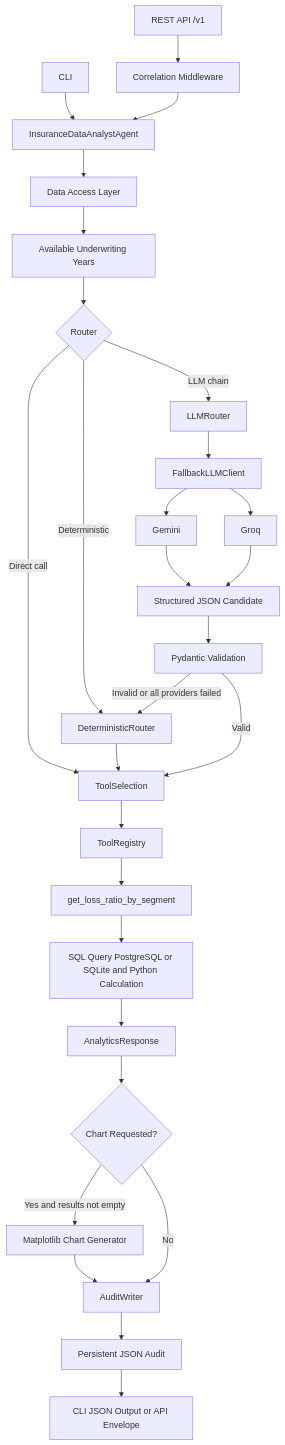
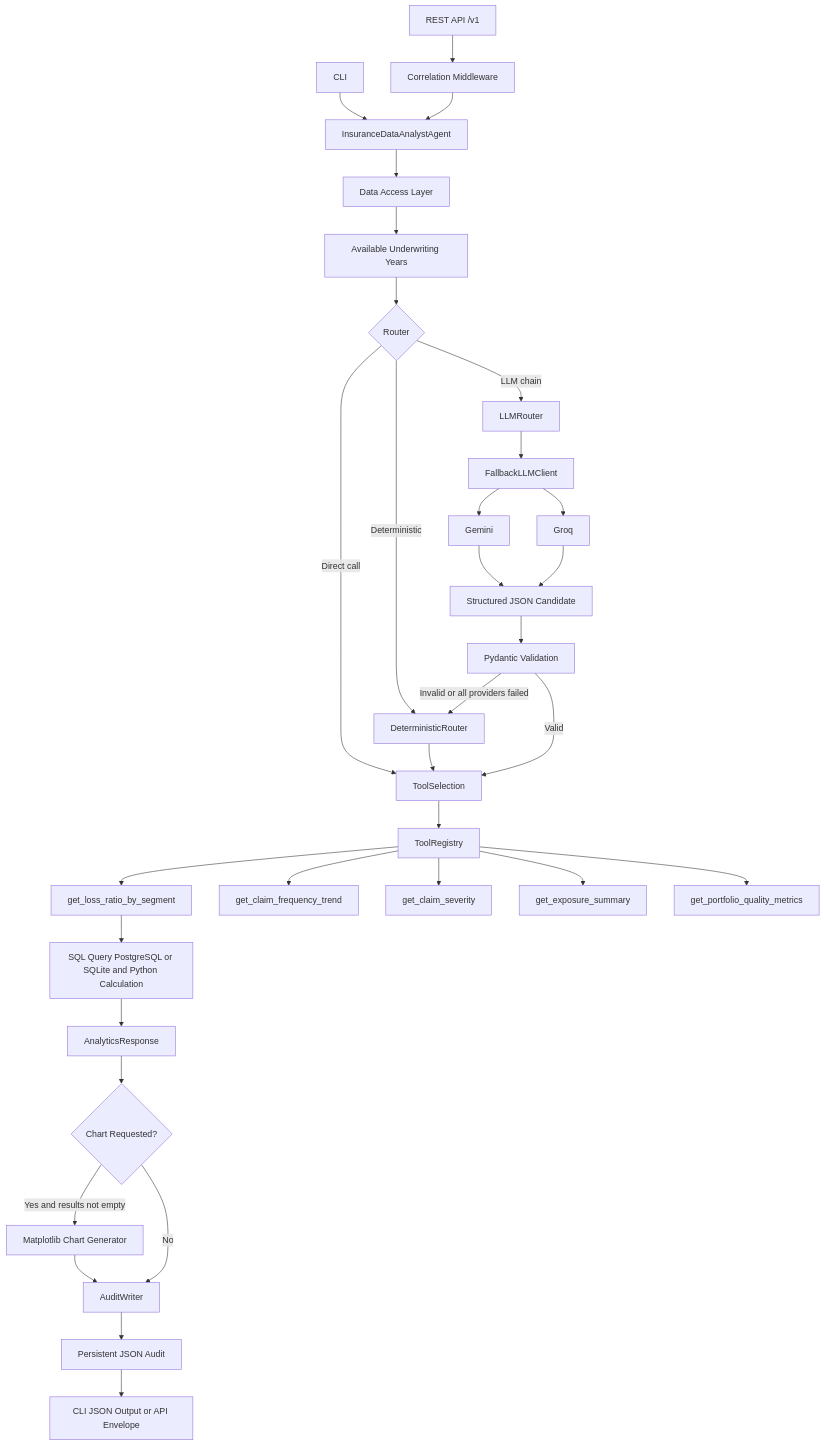
One commit to Kwame-K/insurance-data-analyst-agent changed the diagram in docs/architecture/system-architecture.md. Above: the diagram before and after it, drawn with Mermaid. The commit also changed other lines of this file and 3 other files, not shown here.

First line of the commit message:
docs: document the five analytical tools and update the roadmap

````diff
--- a/docs/architecture/system-architecture.md
+++ b/docs/architecture/system-architecture.md
@@ -25,35 +25,39 @@
 ```mermaid
 flowchart TD
     A1[CLI] --> C
     A2[REST API /v1] --> MW[Correlation Middleware]
     MW --> C[InsuranceDataAnalystAgent]
 
     C --> D[Data Access Layer]
     D --> E[Available Underwriting Years]
 
     E --> F{Router}
     F -- Direct call --> L
     F -- Deterministic --> G[DeterministicRouter]
     F -- LLM chain --> H[LLMRouter]
     H --> I[FallbackLLMClient]
     I --> I1[Gemini]
     I --> I2[Groq]
     I1 --> J[Structured JSON Candidate]
     I2 --> J
     J --> K[Pydantic Validation]
     K -- Invalid or all providers failed --> G
     K -- Valid --> L[ToolSelection]
     G --> L
 
     L --> M[ToolRegistry]
     M --> N[get_loss_ratio_by_segment]
+    M --> N_freq[get_claim_frequency_trend]
+    M --> N_sev[get_claim_severity]
+    M --> N_exp[get_exposure_summary]
+    M --> N_pq[get_portfolio_quality_metrics]
     N --> O[SQL Query PostgreSQL or SQLite and Python Calculation]
     O --> P[AnalyticsResponse]
 
     P --> Q{Chart Requested?}
     Q -- Yes and results not empty --> R[Matplotlib Chart Generator]
     Q -- No --> S[AuditWriter]
     R --> S
     S --> T[Persistent JSON Audit]
     T --> U[CLI JSON Output or API Envelope]
 ```
````
